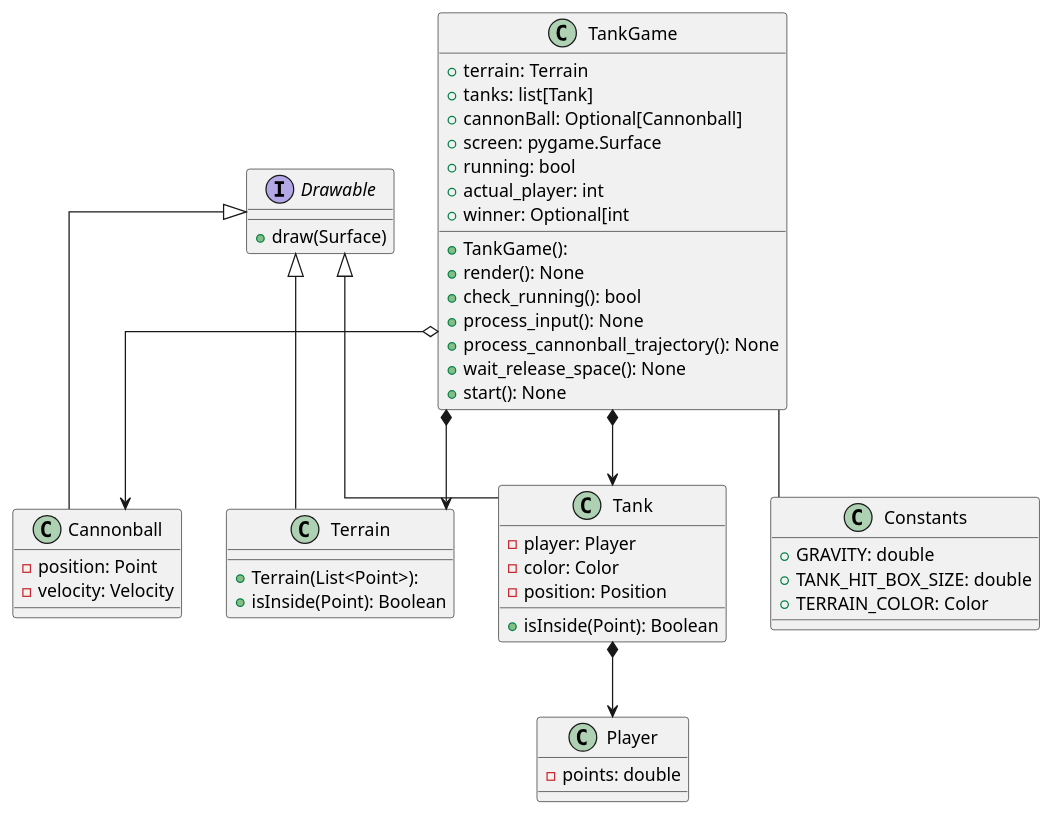
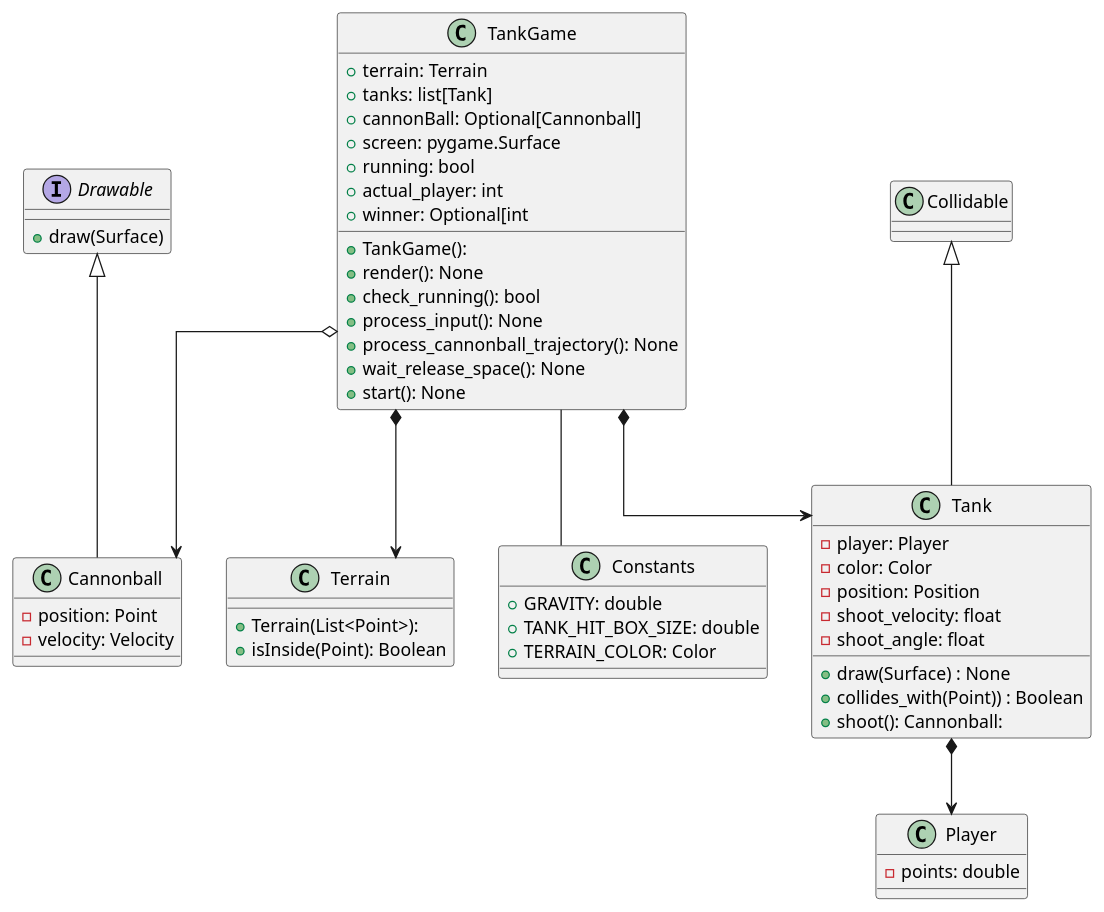
Before and after one commit to fraco-oxza/tankGame: the diagram in uml/entire.plantuml, drawn with PlantUML.

Commit message:
cambios en UML

```diff
--- a/uml/entire.plantuml
+++ b/uml/entire.plantuml
@@ -1,64 +1,69 @@
 @startuml
 
 top to bottom direction
 skinparam linetype ortho
 
 ' Fco
 class TankGame {
     + terrain: Terrain
     + tanks: list[Tank]
     + cannonBall: Optional[Cannonball]
     + screen: pygame.Surface
     + running: bool
     + actual_player: int
     + winner: Optional[int
 
     + TankGame():
     + render(): None
     + check_running(): bool
     + process_input(): None
     + process_cannonball_trajectory(): None
     + wait_release_space(): None
     + start(): None
 }
 
 class Cannonball extends Drawable {
     - position: Point
     - velocity: Velocity
 }
 
 interface Drawable {
     + draw(Surface)
 }
-
-class Terrain extends Drawable {
+class Collidable {
+}
+class Terrain {
     + Terrain(List<Point>):
     + isInside(Point): Boolean
 }
 
-class Tank extends Drawable {
+class Tank extends Collidable  {
     - player: Player
     - color: Color
     - position: Position
+    -shoot_velocity: float
+    -shoot_angle: float
 
-    + isInside(Point): Boolean
+    +draw(Surface) : None
+    +collides_with(Point)) : Boolean
+    +shoot(): Cannonball:
 }
 
 class Player {
     - points: double
 }
 
 class Constants {
     + GRAVITY: double
     + TANK_HIT_BOX_SIZE: double
     + TERRAIN_COLOR: Color
 }
 
 TankGame -- Constants
 
 TankGame *--> Tank
 TankGame o--> Cannonball
 TankGame *--> Terrain
 Tank *--> Player
 
 @enduml
```
